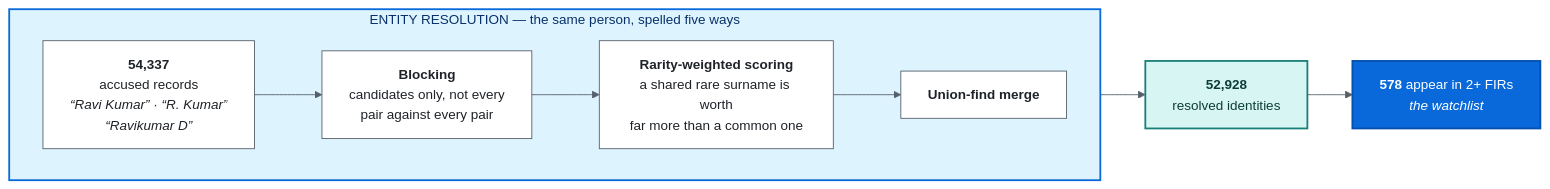
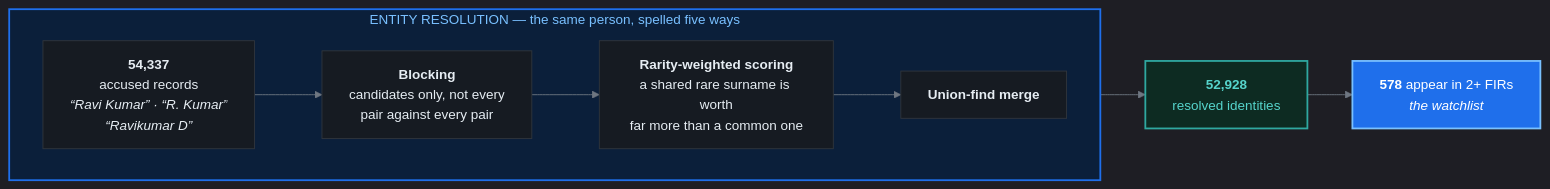
Before and after one commit to adarshcod30/Kadi: the sixth of 6 diagrams in README.md, drawn with Mermaid. The commit also changed other lines of this file, not shown here.

First line of the commit message:
Go back to the dark diagrams

````diff
--- a/README.md
+++ b/README.md
@@ -637,23 +637,23 @@
 ```mermaid
-%%{init: {'theme':'base','themeVariables':{'fontSize':'15px','lineColor':'#57606a','primaryTextColor':'#1f2328','edgeLabelBackground':'#ffffff'}}}%%
+%%{init: {'theme':'dark','themeVariables':{'fontSize':'15px','lineColor':'#6e7681','primaryTextColor':'#e6edf3'}}}%%
 flowchart LR
     subgraph ER["ENTITY RESOLUTION — the same person, spelled five ways"]
         direction LR
         R1["<b>54,337</b><br/>accused records<br/><i>“Ravi Kumar” · “R. Kumar”<br/>“Ravikumar D”</i>"]
         R2["<b>Blocking</b><br/>candidates only, not every<br/>pair against every pair"]
         R3["<b>Rarity-weighted scoring</b><br/>a shared rare surname is worth<br/>far more than a common one"]
         R4["<b>Union-find merge</b>"]
         R1 --> R2 --> R3 --> R4
     end
     R5["<b>52,928</b><br/>resolved identities"]
     R6["<b>578</b> appear in 2+ FIRs<br/><i>the watchlist</i>"]
     R4 --> R5 --> R6
 
-    classDef box  fill:#ffffff,stroke:#57606a,stroke-width:1px,color:#1f2328
-    classDef good fill:#d7f5f2,stroke:#1a7f78,stroke-width:2px,color:#0d3d3a
-    classDef key  fill:#0969da,stroke:#0550ae,stroke-width:2px,color:#ffffff
+    classDef box  fill:#161b22,stroke:#30363d,stroke-width:1px,color:#e6edf3
+    classDef good fill:#0d2b22,stroke:#2FA8A0,stroke-width:2px,color:#56d4cc
+    classDef key  fill:#1f6feb,stroke:#79c0ff,stroke-width:2px,color:#ffffff
     class R1,R2,R3,R4 box
     class R5 good
     class R6 key
-    style ER fill:#ddf4ff,stroke:#0969da,stroke-width:2px,color:#0a3069
+    style ER fill:#0b1f3a,stroke:#1f6feb,stroke-width:2px,color:#79c0ff
 ```
````
